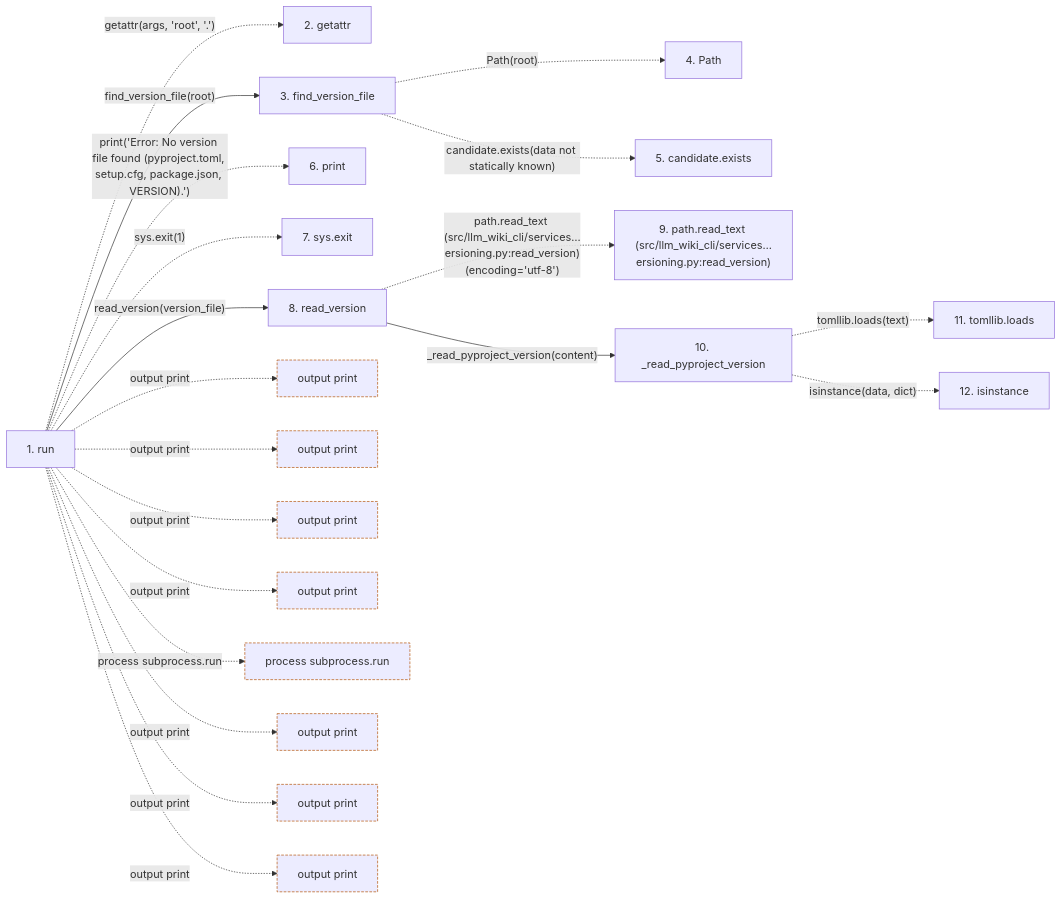
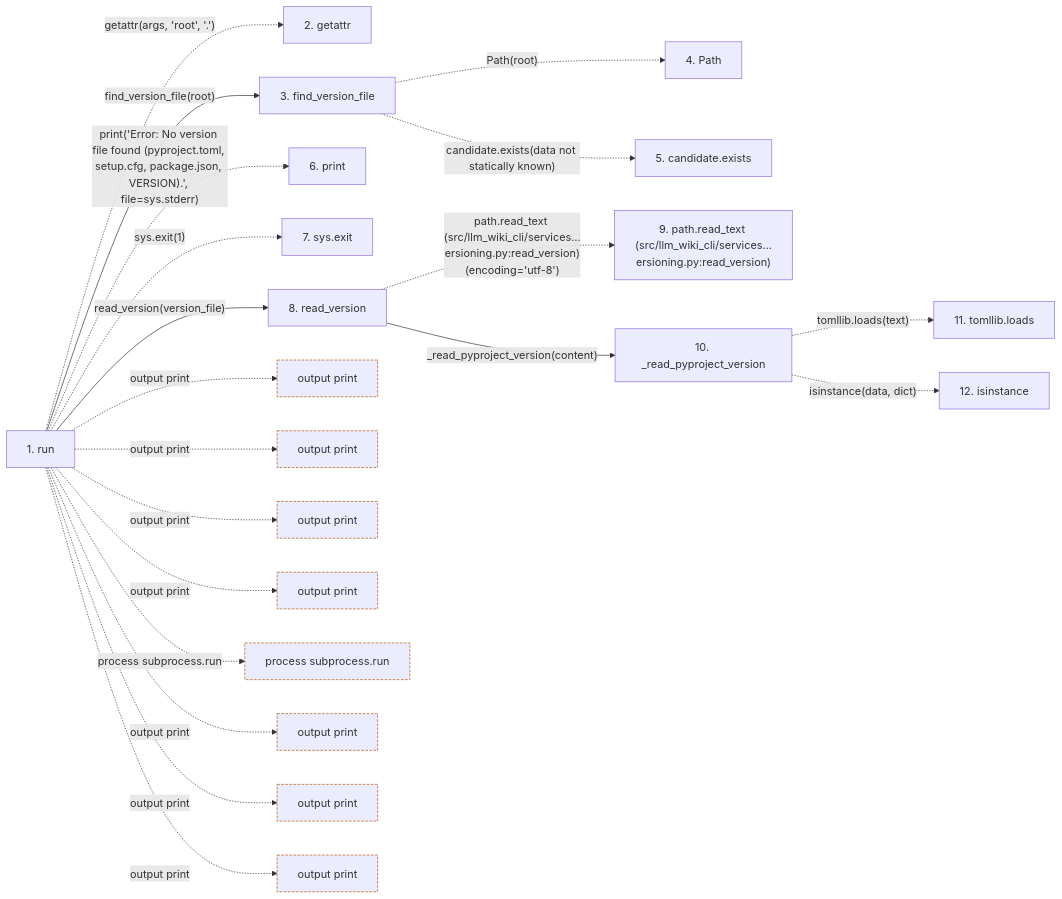
The second of 2 diagrams in docs/llm_wiki/flows/cli-bump.md (Denissvgn/python-wiki-llm), drawn with Mermaid before and after one commit. The commit also changed other lines of this file and 76 other files, not shown here.

````diff
--- a/docs/llm_wiki/flows/cli-bump.md
+++ b/docs/llm_wiki/flows/cli-bump.md
@@ -72,55 +72,55 @@
 ```mermaid
 flowchart LR
     s1["1. run"]
     s2["2. getattr"]
     s3["3. find_version_file"]
     s4["4. Path"]
     s5["5. candidate.exists"]
     s6["6. print"]
     s7["7. sys.exit"]
     s8["8. read_version"]
     s9["9. path.read_text (src/llm_wiki_cli/services…ersioning.py:read_version)"]
     s10["10. _read_pyproject_version"]
     s11["11. tomllib.loads"]
     s12["12. isinstance"]
     s1 -. "getattr(args, 'root', '.')" .-> s2
     s1 -->|"find_version_file(root)"| s3
     s3 -. "Path(root)" .-> s4
     s3 -. "candidate.exists(data not statically known)" .-> s5
-    s1 -. "print('Error: No version file found (pyproject.toml, setup.cfg, package.json, VERSION).')" .-> s6
+    s1 -. "print('Error: No version file found (pyproject.toml, setup.cfg, package.json, VERSION).', file=sys.stderr)" .-> s6
     s1 -. "sys.exit(1)" .-> s7
     s1 -->|"read_version(version_file)"| s8
     s8 -. "path.read_text (src/llm_wiki_cli/services…ersioning.py:read_version)(encoding='utf-8')" .-> s9
     s8 -->|"_read_pyproject_version(content)"| s10
     s10 -. "tomllib.loads(text)" .-> s11
     s10 -. "isinstance(data, dict)" .-> s12
     b0["output print"]
     s1 -. "output print" .-> b0
     b1["output print"]
     s1 -. "output print" .-> b1
     b2["output print"]
     s1 -. "output print" .-> b2
     b3["output print"]
     s1 -. "output print" .-> b3
     b4["process subprocess.run"]
     s1 -. "process subprocess.run" .-> b4
     b5["output print"]
     s1 -. "output print" .-> b5
     b6["output print"]
     s1 -. "output print" .-> b6
     b7["output print"]
     s1 -. "output print" .-> b7
     click s1 "../modules/bump_cmd.md"
     click s3 "../modules/versioning.md"
     click s8 "../modules/versioning.md"
     click s10 "../modules/versioning.md"
     classDef boundary stroke:#b45309,stroke-dasharray: 4 2
     class b0 boundary
     class b1 boundary
     class b2 boundary
     class b3 boundary
     class b4 boundary
     class b5 boundary
     class b6 boundary
     class b7 boundary
 ```
````
